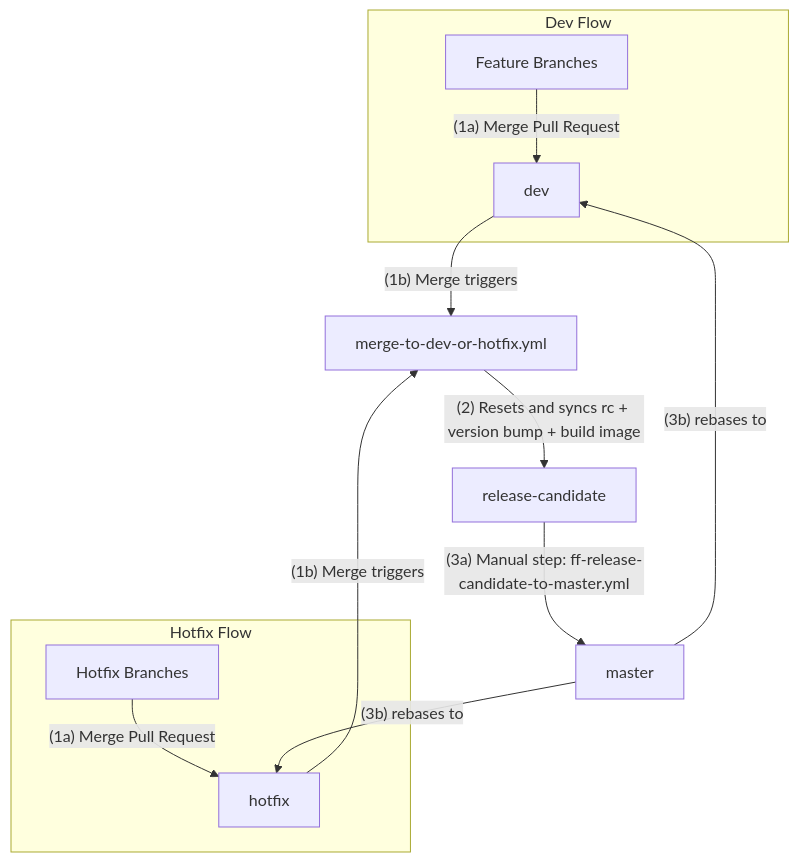
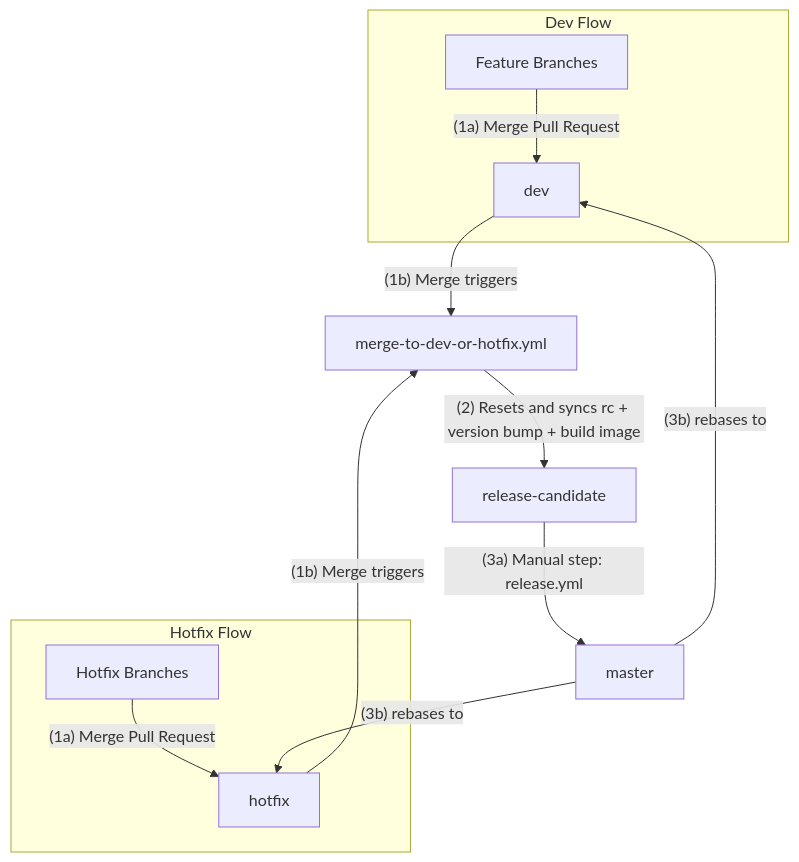
Before and after one commit to NexusMutual/workflows: the diagram in README.md, drawn with Mermaid. The commit also changed other lines of this file, not shown here.

````diff
--- a/README.md
+++ b/README.md
@@ -27,30 +48,30 @@
 ```mermaid
 flowchart TD
     %% Nodes
     A[Feature Branches]
     B[dev]
     H[Hotfix Branches]
     G[hotfix]
     C_merge[merge-to-dev-or-hotfix.yml]
     RC[release-candidate]
     D[master]
 
     %% Dev Flow
     subgraph Dev Flow
         A -->|"(1a) Merge Pull Request"| B
     end
 
     %% Hotfix Flow
     subgraph Hotfix Flow
         H -->|"(1a) Merge Pull Request"| G
     end
 
     B -->|"(1b) Merge triggers"| C_merge
     G -->|"(1b) Merge triggers"| C_merge
-    
+
     C_merge -->|"(2) Resets and syncs rc + version bump + build image"| RC
 
-    RC -->|"(3a) Manual step: ff-release-candidate-to-master.yml"| D
+    RC -->|"(3a) Manual step: release.yml"| D
     D -->|"(3b) rebases to"| B
     D -->|"(3b) rebases to"| G
 ```
````
